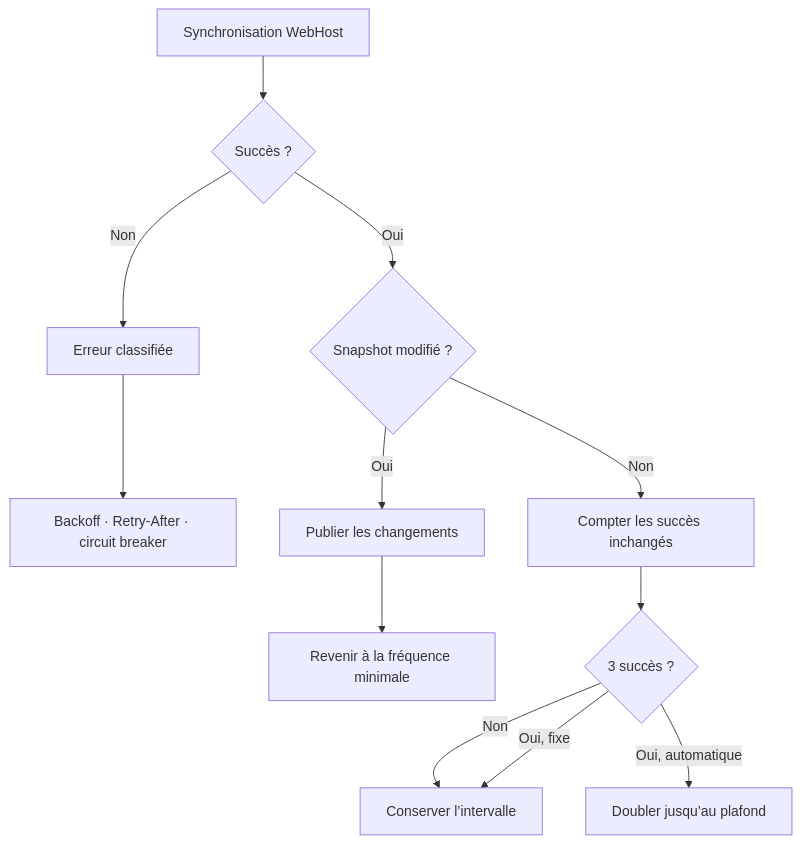
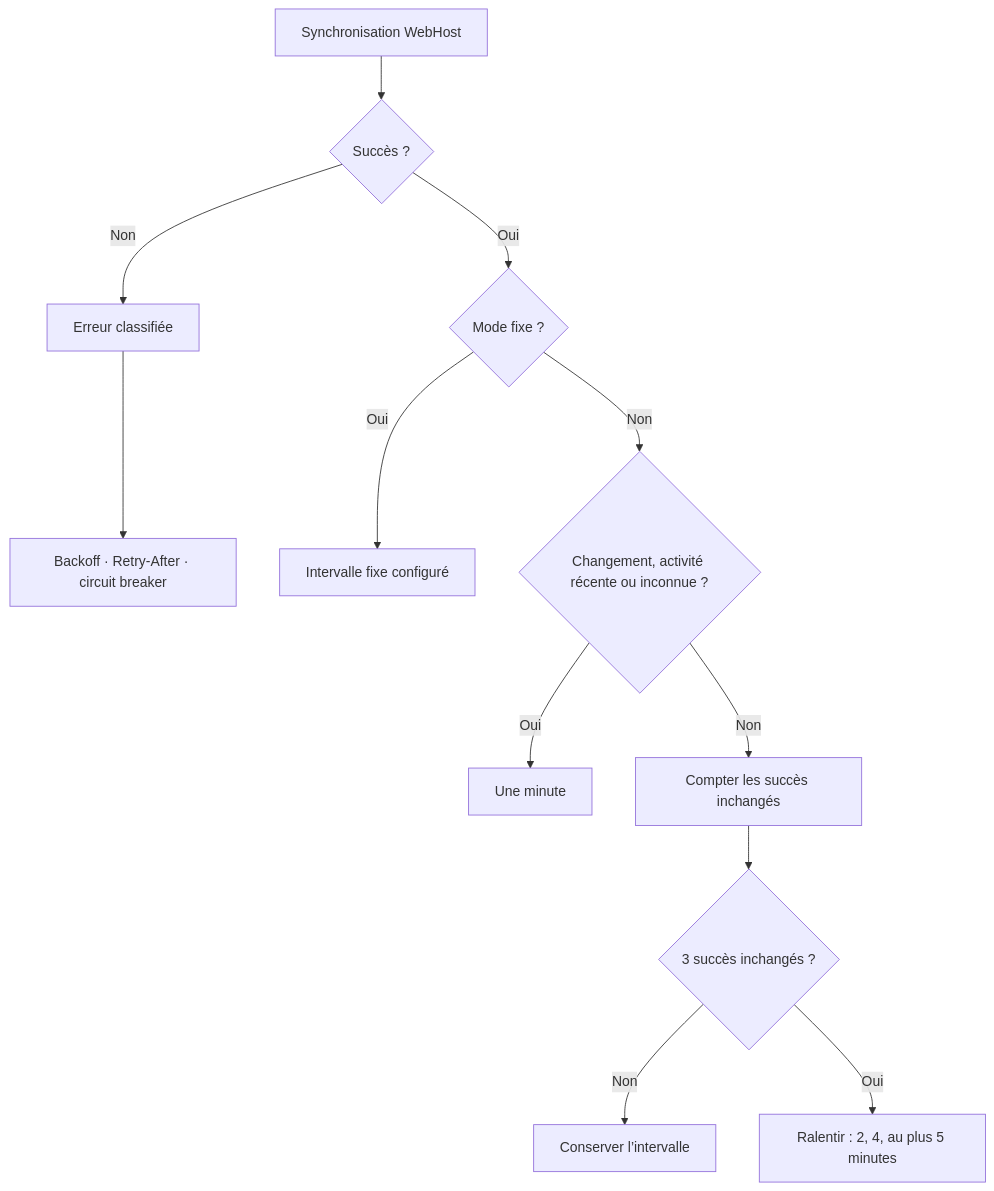
Before and after one commit to Etsuna/ArchipelagoSphereTracker: the fifth of 6 diagrams in wiki/Room-tracking.md, drawn with Mermaid. The commit also changed other lines of this file and 29 other files, not shown here.

````diff
--- a/wiki/Room-tracking.md
+++ b/wiki/Room-tracking.md
@@ -156,14 +162,14 @@
 ```mermaid
 flowchart TD
     P["Synchronisation WebHost"] --> Q{"Succès ?"}
     Q -->|Non| E["Erreur classifiée"]
     E --> B["Backoff · Retry-After · circuit breaker"]
-    Q -->|Oui| C{"Snapshot modifié ?"}
-    C -->|Oui| N["Publier les changements"]
-    N --> M["Revenir à la fréquence minimale"]
-    C -->|Non| U["Compter les succès inchangés"]
-    U --> V{"3 succès ?"}
+    Q -->|Oui| C{"Mode fixe ?"}
+    C -->|Oui| F["Intervalle fixe configuré"]
+    C -->|Non| A{"Changement, activité récente ou inconnue ?"}
+    A -->|Oui| M["Une minute"]
+    A -->|Non| U["Compter les succès inchangés"]
+    U --> V{"3 succès inchangés ?"}
     V -->|Non| R["Conserver l’intervalle"]
-    V -->|Oui, automatique| D["Doubler jusqu’au plafond"]
-    V -->|Oui, fixe| R
+    V -->|Oui| D["Ralentir : 2, 4, au plus 5 minutes"]
 ```
````
